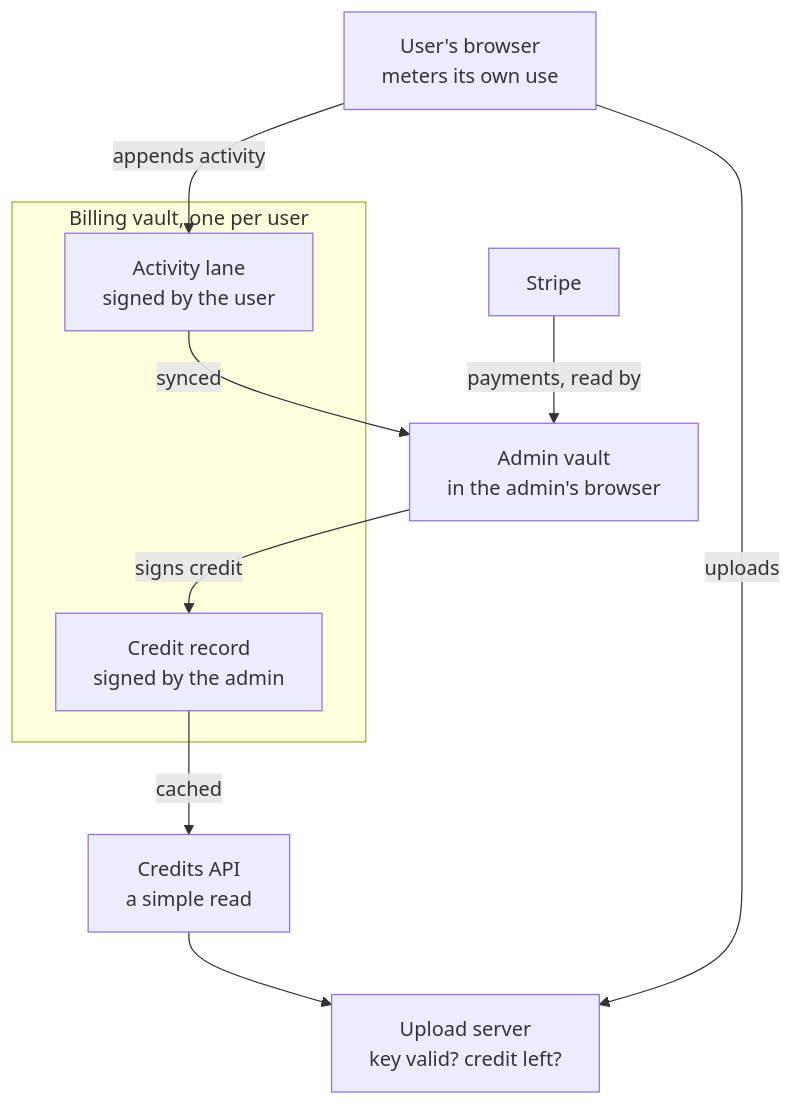
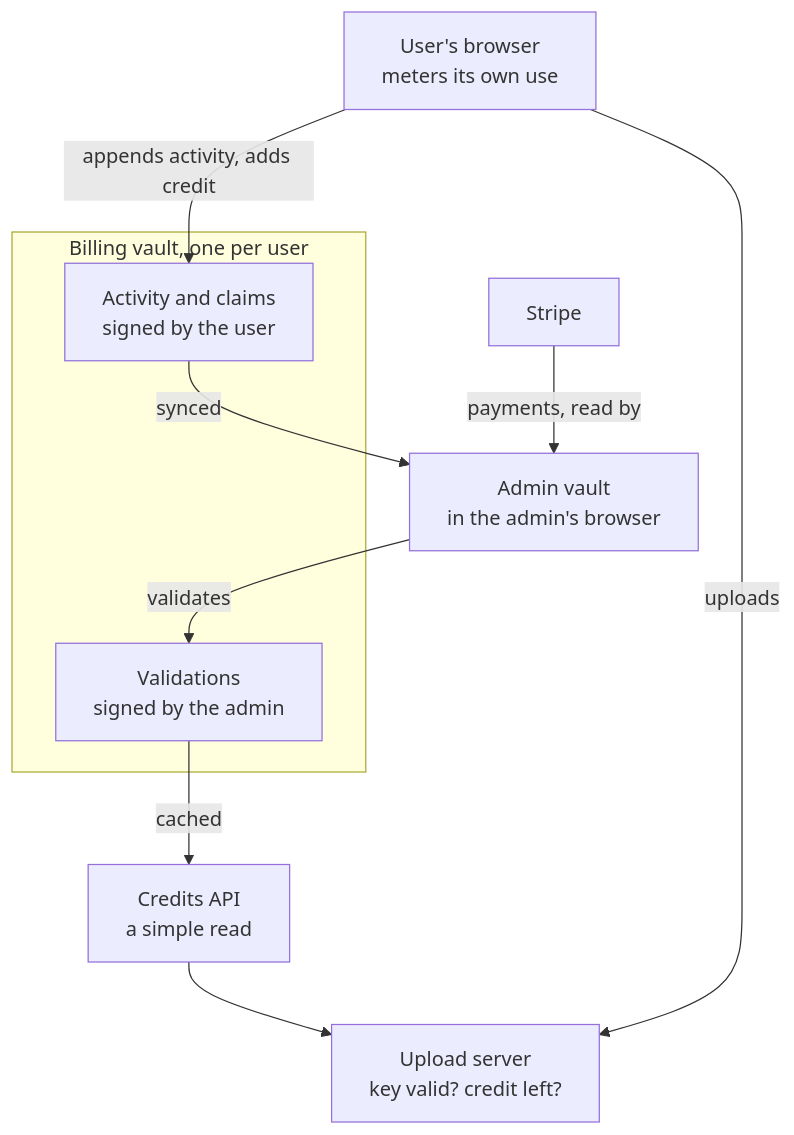
Before and after one commit to SGit-AI/SGit-AI__Website__Newsroom: the first of 2 diagrams in admin/content/articles/the-user-keeps-the-meter.md, drawn with Mermaid. The commit also changed other lines of this file and 1328 other files, not shown here.

````diff
--- a/admin/content/articles/the-user-keeps-the-meter.md
+++ b/admin/content/articles/the-user-keeps-the-meter.md
@@ -156,19 +179,19 @@
 ```mermaid
 flowchart TB
   U["User's browser<br/>meters its own use"]
   subgraph BV["Billing vault, one per user"]
-    A["Activity lane<br/>signed by the user"]
-    C["Credit record<br/>signed by the admin"]
+    A["Activity and claims<br/>signed by the user"]
+    C["Validations<br/>signed by the admin"]
   end
   AD["Admin vault<br/>in the admin's browser"]
   ST["Stripe"]
   API["Credits API<br/>a simple read"]
   UP["Upload server<br/>key valid? credit left?"]
-  U -->|appends activity| A
+  U -->|appends activity, adds credit| A
   A -->|synced| AD
   ST -->|payments, read by| AD
-  AD -->|signs credit| C
+  AD -->|validates| C
   C -->|cached| API
   API --> UP
   U -->|uploads| UP
 ```
````
